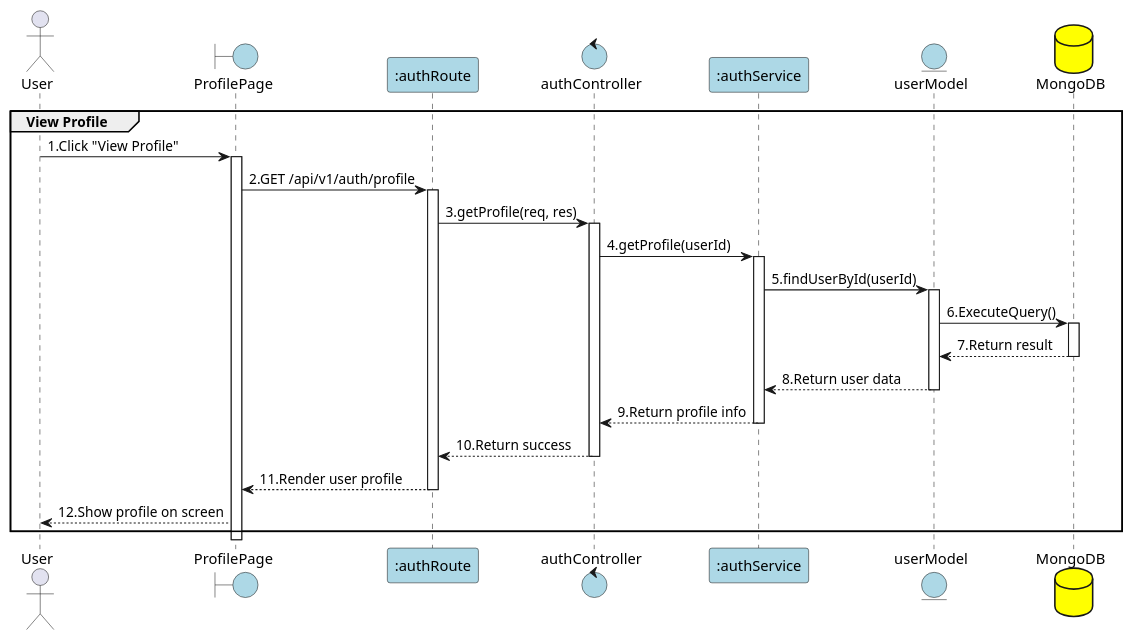
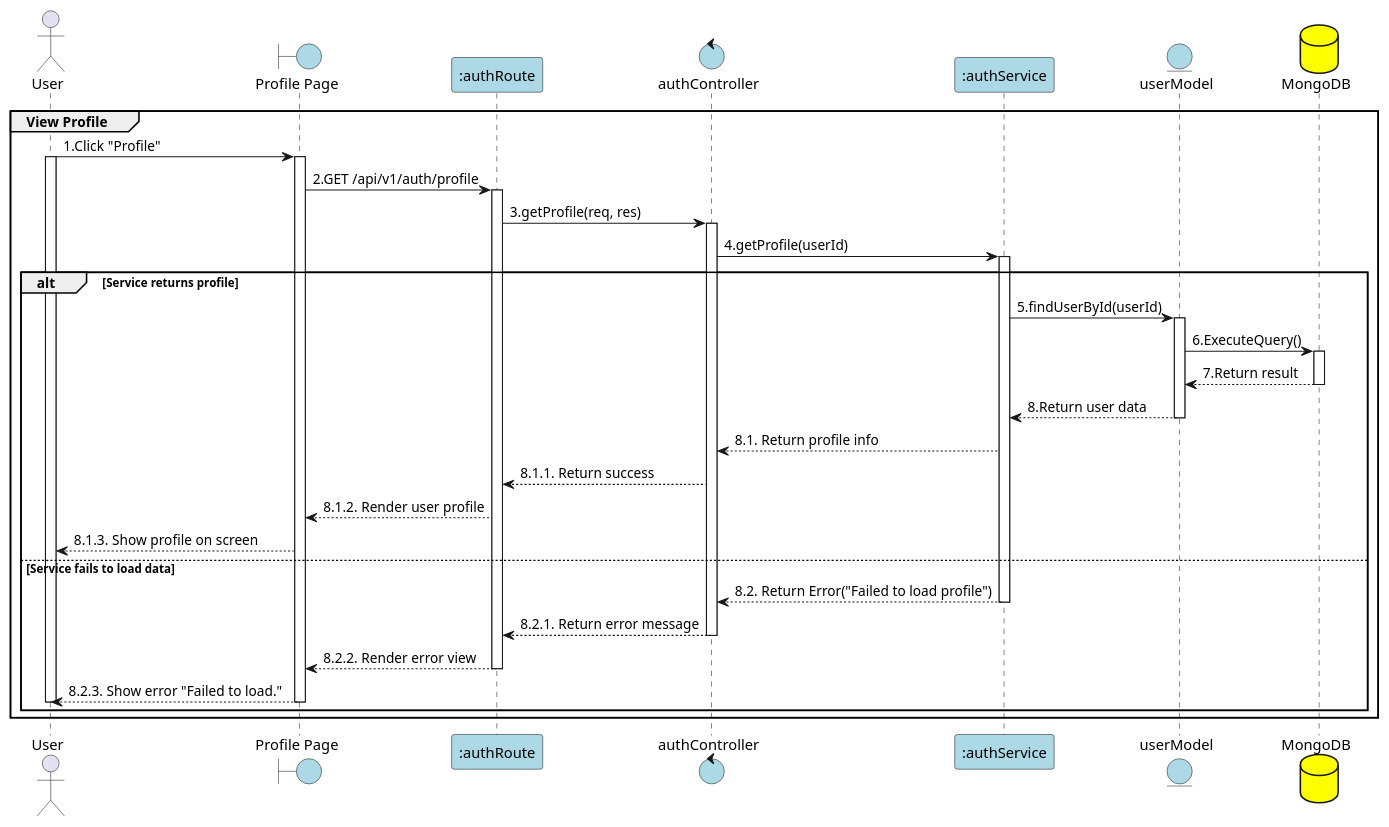
The diagram in PlanUML/6_viewProfile.puml (Aohkne/CaloCook), drawn with PlantUML before and after one commit. The commit also changed other lines of this file and 23 other files, not shown here.

```diff
--- a/PlanUML/6_viewProfile.puml
+++ b/PlanUML/6_viewProfile.puml
@@ -1,46 +1,60 @@
 @startuml ViewProfile
 
 actor User
-boundary "ProfilePage" as View #lightblue
+boundary "Profile Page" as View #lightblue
 participant ":authRoute" as Route #lightblue
 control "authController" as Controller #lightblue
 participant ":authService" as Service #lightblue
 entity "userModel" as Model #lightblue
 database "MongoDB" as MongoDB #yellow
 
 group View Profile
-User -> View: 1.Click "View Profile"
+User -> View: 1.Click "Profile"
 activate View
+activate User
 
 View -> Route: 2.GET /api/v1/auth/profile
 activate Route
 
 Route -> Controller: 3.getProfile(req, res)
 activate Controller
 
 Controller -> Service: 4.getProfile(userId)
 activate Service
 
-Service -> Model: 5.findUserById(userId)
-activate Model
+alt Service returns profile
+    Service -> Model: 5.findUserById(userId)
+    activate Model
 
-Model -> MongoDB: 6.ExecuteQuery()
-activate MongoDB
-MongoDB --> Model: 7.Return result
-deactivate MongoDB
+    Model -> MongoDB: 6.ExecuteQuery()
+    activate MongoDB
+    MongoDB --> Model: 7.Return result
+    deactivate MongoDB
 
-Model --> Service: 8.Return user data
-deactivate Model
+    Model --> Service: 8.Return user data
+    deactivate Model
 
-Service --> Controller: 9.Return profile info
-deactivate Service
+    Service --> Controller: 8.1. Return profile info
 
-Controller --> Route: 10.Return success
-deactivate Controller
+    Controller --> Route: 8.1.1. Return success
 
-Route --> View: 11.Render user profile
-deactivate Route
+    Route --> View: 8.1.2. Render user profile
 
-View --> User: 12.Show profile on screen
+    View --> User: 8.1.3. Show profile on screen
+else Service fails to load data
+    Service --> Controller: 8.2. Return Error("Failed to load profile")
+    deactivate Service
+
+    Controller --> Route: 8.2.1. Return error message
+    deactivate Controller
+
+    Route --> View: 8.2.2. Render error view
+    deactivate Route
+
+    View --> User: 8.2.3. Show error "Failed to load."
+    deactivate View
+    deactivate User
+end
+
 end
 @enduml
```
